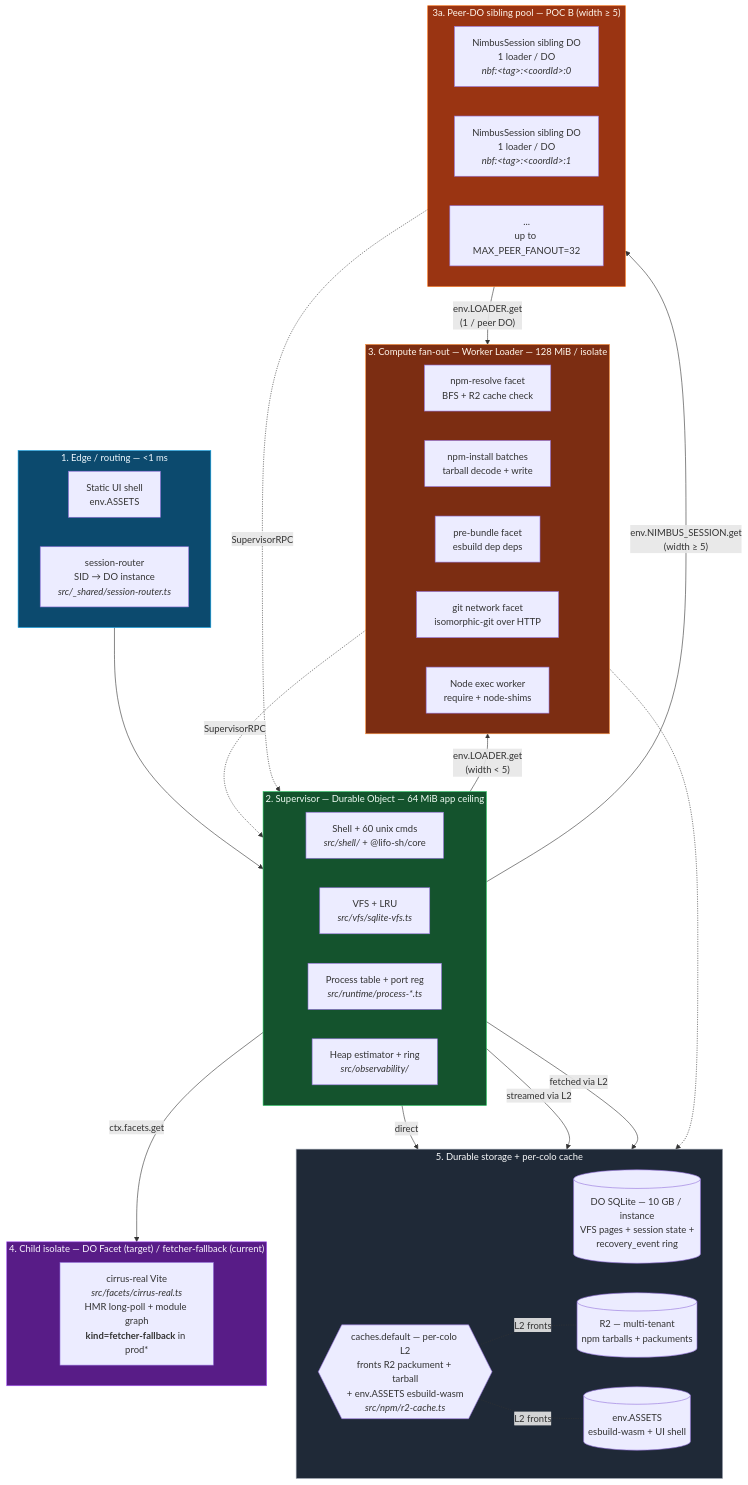
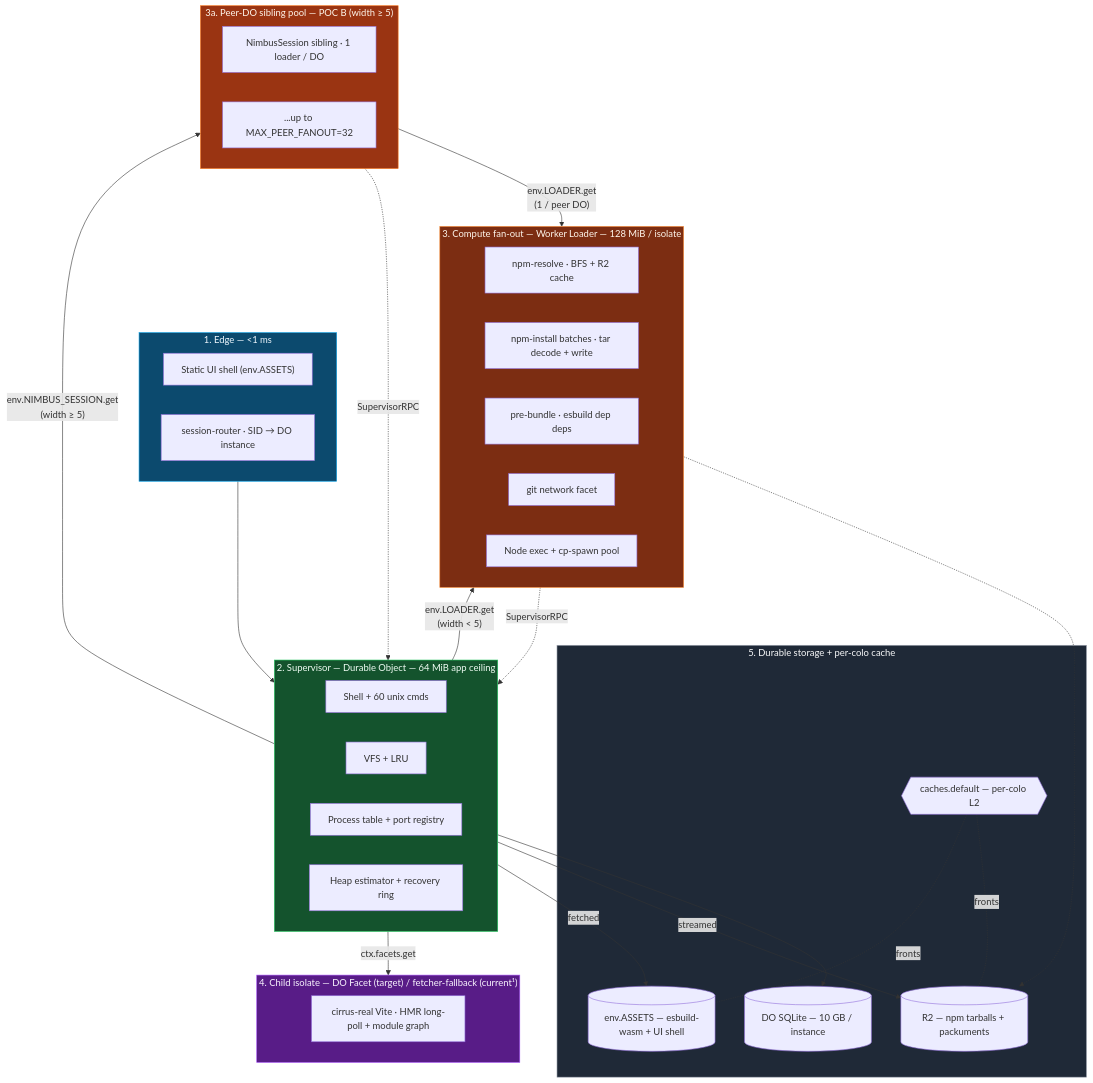
Before and after one commit to AshishKumar4/Nimbus: the fourth of 4 diagrams in README.md, drawn with Mermaid. The commit also changed other lines of this file, not shown here.

````diff
--- a/README.md
+++ b/README.md
@@ -253,71 +142,65 @@
 ```mermaid
 flowchart TB
-    subgraph L1["1. Edge / routing — &lt;1 ms"]
-        direction LR
-        L1A["Static UI shell<br/>env.ASSETS"]
-        L1B["session-router<br/>SID → DO instance<br/><i>src/_shared/session-router.ts</i>"]
+    subgraph L1["1. Edge — &lt;1 ms"]
+        L1A["Static UI shell (env.ASSETS)"]
+        L1B["session-router · SID → DO instance"]
     end
 
     subgraph L2["2. Supervisor — Durable Object — 64 MiB app ceiling"]
-        direction LR
-        L2A["Shell + 60 unix cmds<br/><i>src/shell/</i> + @lifo-sh/core"]
-        L2B["VFS + LRU<br/><i>src/vfs/sqlite-vfs.ts</i>"]
-        L2C["Process table + port reg<br/><i>src/runtime/process-*.ts</i>"]
-        L2D["Heap estimator + ring<br/><i>src/observability/</i>"]
+        L2A["Shell + 60 unix cmds"]
+        L2B["VFS + LRU"]
+        L2C["Process table + port registry"]
+        L2D["Heap estimator + recovery ring"]
     end
 
     subgraph L3["3. Compute fan-out — Worker Loader — 128 MiB / isolate"]
-        direction LR
-        L3A["npm-resolve facet<br/>BFS + R2 cache check"]
-        L3B["npm-install batches<br/>tarball decode + write"]
-        L3C["pre-bundle facet<br/>esbuild dep deps"]
-        L3D["git network facet<br/>isomorphic-git over HTTP"]
-        L3E["Node exec worker<br/>require + node-shims"]
+        L3A["npm-resolve · BFS + R2 cache"]
+        L3B["npm-install batches · tar decode + write"]
+        L3C["pre-bundle · esbuild dep deps"]
+        L3D["git network facet"]
+        L3E["Node exec + cp-spawn pool"]
     end
 
     subgraph L3P["3a. Peer-DO sibling pool — POC B (width ≥ 5)"]
-        direction LR
-        L3PA["NimbusSession sibling DO<br/>1 loader / DO<br/><i>nbf:&lt;tag&gt;:&lt;coordId&gt;:0</i>"]
-        L3PB["NimbusSession sibling DO<br/>1 loader / DO<br/><i>nbf:&lt;tag&gt;:&lt;coordId&gt;:1</i>"]
-        L3PC["...<br/>up to MAX_PEER_FANOUT=32"]
+        L3PA["NimbusSession sibling · 1 loader / DO"]
+        L3PB["...up to MAX_PEER_FANOUT=32"]
     end
 
-    subgraph L4["4. Child isolate — DO Facet (target) / fetcher-fallback (current)"]
-        L4A["cirrus-real Vite<br/><i>src/facets/cirrus-real.ts</i><br/>HMR long-poll + module graph<br/><b>kind=fetcher-fallback</b> in prod*"]
+    subgraph L4["4. Child isolate — DO Facet (target) / fetcher-fallback (current¹)"]
+        L4A["cirrus-real Vite · HMR long-poll + module graph"]
     end
 
     subgraph L5["5. Durable storage + per-colo cache"]
-        direction LR
-        L5A[("DO SQLite — 10 GB / instance<br/>VFS pages + session state +<br/>recovery_event ring")]
-        L5B[("R2 — multi-tenant<br/>npm tarballs + packuments")]
-        L5C[("env.ASSETS<br/>esbuild-wasm + UI shell")]
-        L5D{{"caches.default — per-colo L2<br/>fronts R2 packument + tarball<br/>+ env.ASSETS esbuild-wasm<br/><i>src/npm/r2-cache.ts</i>"}}
+        L5A[("DO SQLite — 10 GB / instance")]
+        L5B[("R2 — npm tarballs + packuments")]
+        L5C[("env.ASSETS — esbuild-wasm + UI shell")]
+        L5D{{"caches.default — per-colo L2"}}
     end
 
     L1 --> L2
     L2 -- env.LOADER.get<br/>(width &lt; 5) --> L3
     L2 -- env.NIMBUS_SESSION.get<br/>(width ≥ 5) --> L3P
     L3P -- env.LOADER.get<br/>(1 / peer DO) --> L3
     L2 -- ctx.facets.get --> L4
-    L2 -- direct --> L5A
-    L2 -- streamed via L2 --> L5B
-    L2 -- fetched via L2 --> L5C
-    L5D -. L2 fronts .- L5B
-    L5D -. L2 fronts .- L5C
+    L2 --> L5A
+    L2 -- streamed --> L5B
+    L2 -- fetched --> L5C
+    L5D -. fronts .- L5B
+    L5D -. fronts .- L5C
     L3 -.-> L5B
     L3 -.->|SupervisorRPC| L2
     L3P -.->|SupervisorRPC| L2
 
     classDef edge fill:#0c4a6e,stroke:#0ea5e9,color:#f0f9ff
     classDef sup fill:#14532d,stroke:#22c55e,color:#f0fdf4
     classDef loader fill:#7c2d12,stroke:#fb923c,color:#fff7ed
     classDef peer fill:#9a3412,stroke:#f97316,color:#fff7ed
     classDef facet fill:#581c87,stroke:#a855f7,color:#faf5ff
     classDef store fill:#1f2937,stroke:#9ca3af,color:#f9fafb
     class L1 edge
     class L2 sup
     class L3 loader
     class L3P peer
     class L4 facet
     class L5 store
 ```
````
